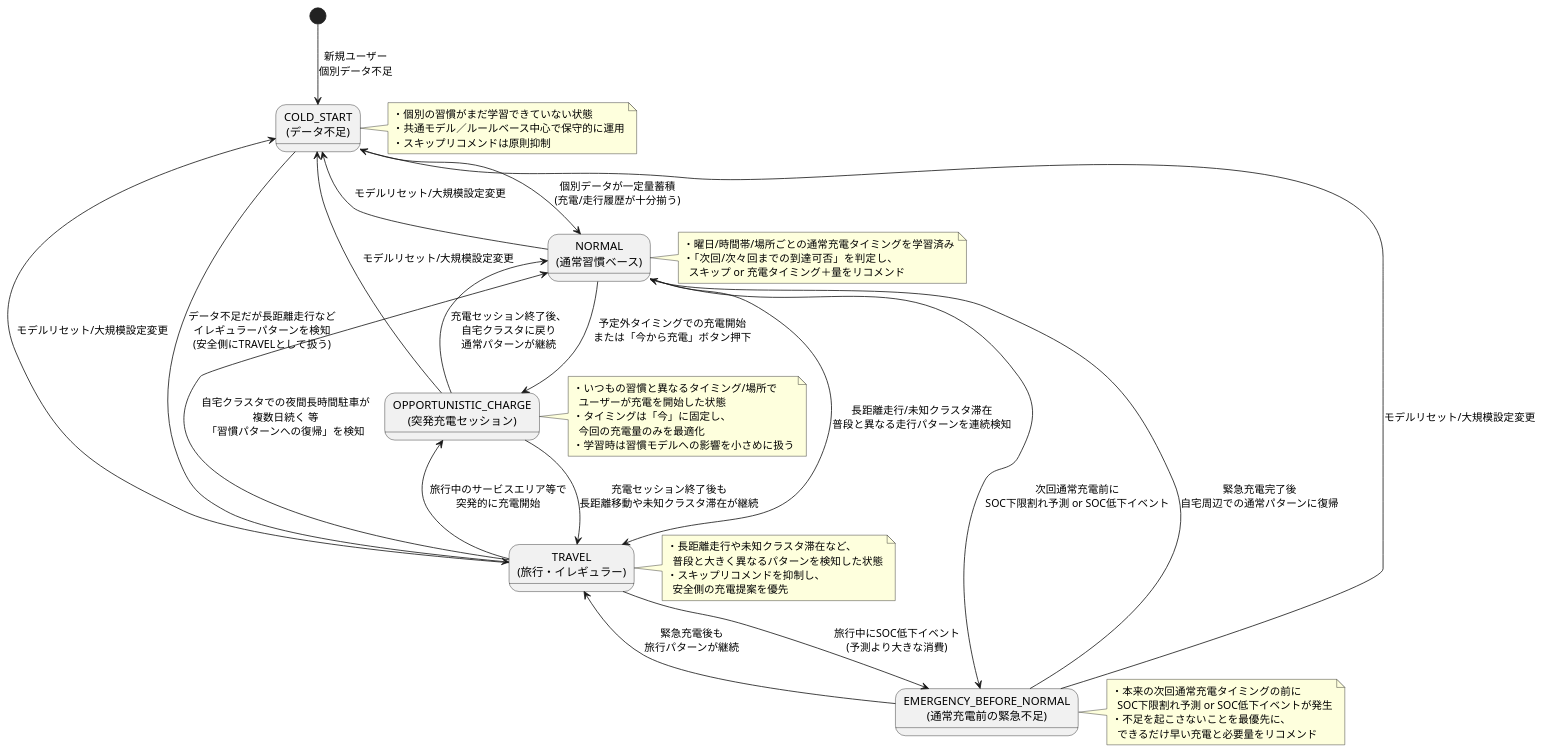
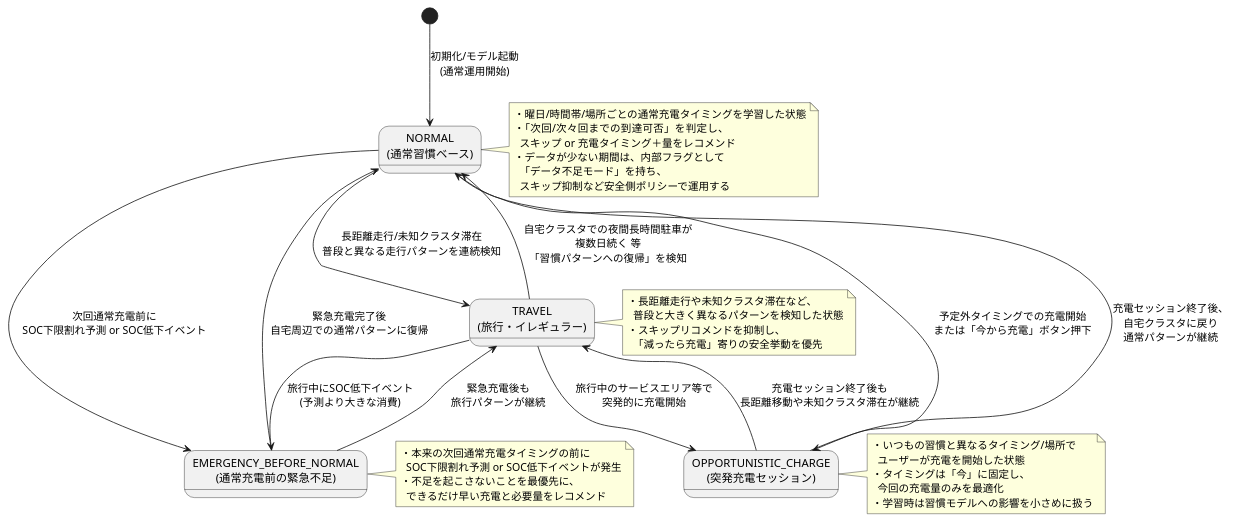
One commit to piroshi-tanaka/ml-study changed the diagram in scikit_learn_onnx_repo/docs/ml/アルゴリズム仕様検討/step3_state_transition.pu. Above: the diagram before and after it, drawn with PlantUML. The commit also changed other lines of this file and 2 other files, not shown here.

Commit message:
[docs]モデルアルゴリズム仕様ドキュメント作成 - step3の状態遷移図 - step4シナリオトレース表

```diff
--- a/scikit_learn_onnx_repo/docs/ml/アルゴリズム仕様検討/step3_state_transition.pu
+++ b/scikit_learn_onnx_repo/docs/ml/アルゴリズム仕様検討/step3_state_transition.pu
@@ -1,89 +7,71 @@
 @startuml
 skinparam shadowing false
 
 '====================================
-' 内部モードの状態遷移図
+' 内部モードの状態遷移図（COLD_STARTなし）
 '====================================
 
-[*] --> COLD_START : 新規ユーザー\n個別データ不足
+[*] --> S_NORMAL : 初期化/モデル起動\n(通常運用開始)
 
-state "COLD_START\n(データ不足)" as COLD_START
-state "NORMAL\n(通常習慣ベース)" as NORMAL
-state "TRAVEL\n(旅行・イレギュラー)" as TRAVEL
-state "EMERGENCY_BEFORE_NORMAL\n(通常充電前の緊急不足)" as EMERGENCY
-state "OPPORTUNISTIC_CHARGE\n(突発充電セッション)" as OPPORTUNISTIC
+state "NORMAL\n(通常習慣ベース)" as S_NORMAL
+state "TRAVEL\n(旅行・イレギュラー)" as S_TRAVEL
+state "EMERGENCY_BEFORE_NORMAL\n(通常充電前の緊急不足)" as S_EMERGENCY
+state "OPPORTUNISTIC_CHARGE\n(突発充電セッション)" as S_OPPORTUNISTIC
 
-note right of COLD_START
-  ・個別の習慣がまだ学習できていない状態
-  ・共通モデル／ルールベース中心で保守的に運用
-  ・スキップリコメンドは原則抑制
+note right of S_NORMAL
+  ・曜日/時間帯/場所ごとの通常充電タイミングを学習した状態
+  ・「次回/次々回までの到達可否」を判定し、
+    スキップ or 充電タイミング＋量をレコメンド
+  ・データが少ない期間は、内部フラグとして
+    「データ不足モード」を持ち、
+    スキップ抑制など安全側ポリシーで運用する
 end note
 
-note right of NORMAL
-  ・曜日/時間帯/場所ごとの通常充電タイミングを学習済み
-  ・「次回/次々回までの到達可否」を判定し、
-    スキップ or 充電タイミング＋量をリコメンド
-end note
-
-note right of TRAVEL
+note right of S_TRAVEL
   ・長距離走行や未知クラスタ滞在など、
     普段と大きく異なるパターンを検知した状態
   ・スキップリコメンドを抑制し、
-    安全側の充電提案を優先
+    「減ったら充電」寄りの安全挙動を優先
 end note
 
-note right of EMERGENCY
+note right of S_EMERGENCY
   ・本来の次回通常充電タイミングの前に
     SOC下限割れ予測 or SOC低下イベントが発生
   ・不足を起こさないことを最優先に、
-    できるだけ早い充電と必要量をリコメンド
+    できるだけ早い充電と必要量をレコメンド
 end note
 
-note right of OPPORTUNISTIC
+note right of S_OPPORTUNISTIC
   ・いつもの習慣と異なるタイミング/場所で
     ユーザーが充電を開始した状態
   ・タイミングは「今」に固定し、
     今回の充電量のみを最適化
   ・学習時は習慣モデルへの影響を小さめに扱う
 end note
 
 '------------------------------------
-' COLD_START からの遷移
-'------------------------------------
-COLD_START --> NORMAL : 個別データが一定量蓄積\n(充電/走行履歴が十分揃う)
-COLD_START --> TRAVEL : データ不足だが長距離走行など\nイレギュラーパターンを検知\n(安全側にTRAVELとして扱う)
-
-'------------------------------------
 ' NORMAL と TRAVEL 間の遷移
 '------------------------------------
-NORMAL --> TRAVEL : 長距離走行/未知クラスタ滞在\n普段と異なる走行パターンを連続検知
-TRAVEL --> NORMAL : 自宅クラスタでの夜間長時間駐車が\n複数日続く 等\n「習慣パターンへの復帰」を検知
+S_NORMAL --> S_TRAVEL : 長距離走行/未知クラスタ滞在\n普段と異なる走行パターンを連続検知
+S_TRAVEL --> S_NORMAL : 自宅クラスタでの夜間長時間駐車が\n複数日続く 等\n「習慣パターンへの復帰」を検知
 
 '------------------------------------
 ' NORMAL/TRAVEL から EMERGENCY への遷移
 '------------------------------------
-NORMAL --> EMERGENCY : 次回通常充電前に\nSOC下限割れ予測 or SOC低下イベント
-TRAVEL --> EMERGENCY : 旅行中にSOC低下イベント\n(予測より大きな消費)
+S_NORMAL --> S_EMERGENCY : 次回通常充電前に\nSOC下限割れ予測 or SOC低下イベント
+S_TRAVEL --> S_EMERGENCY : 旅行中にSOC低下イベント\n(予測より大きな消費)
 
 ' 緊急充電後の復帰
-EMERGENCY --> NORMAL : 緊急充電完了後\n自宅周辺での通常パターンに復帰
-EMERGENCY --> TRAVEL : 緊急充電後も\n旅行パターンが継続
+S_EMERGENCY --> S_NORMAL : 緊急充電完了後\n自宅周辺での通常パターンに復帰
+S_EMERGENCY --> S_TRAVEL : 緊急充電後も\n旅行パターンが継続
 
 '------------------------------------
 ' OPPORTUNISTIC との遷移
 '------------------------------------
-NORMAL --> OPPORTUNISTIC : 予定外タイミングでの充電開始\nまたは「今から充電」ボタン押下
-TRAVEL --> OPPORTUNISTIC : 旅行中のサービスエリア等で\n突発的に充電開始
+S_NORMAL --> S_OPPORTUNISTIC : 予定外タイミングでの充電開始\nまたは「今から充電」ボタン押下
+S_TRAVEL --> S_OPPORTUNISTIC : 旅行中のサービスエリア等で\n突発的に充電開始
 
-OPPORTUNISTIC --> NORMAL : 充電セッション終了後、\n自宅クラスタに戻り\n通常パターンが継続
-OPPORTUNISTIC --> TRAVEL : 充電セッション終了後も\n長距離移動や未知クラスタ滞在が継続
-
-'------------------------------------
-' モデルリセット等によるCOLD_STARTへの戻り（任意）
-'------------------------------------
-NORMAL --> COLD_START : モデルリセット/大規模設定変更
-TRAVEL --> COLD_START : モデルリセット/大規模設定変更
-EMERGENCY --> COLD_START : モデルリセット/大規模設定変更
-OPPORTUNISTIC --> COLD_START : モデルリセット/大規模設定変更
+S_OPPORTUNISTIC --> S_NORMAL : 充電セッション終了後、\n自宅クラスタに戻り\n通常パターンが継続
+S_OPPORTUNISTIC --> S_TRAVEL : 充電セッション終了後も\n長距離移動や未知クラスタ滞在が継続
 
 @enduml
```
